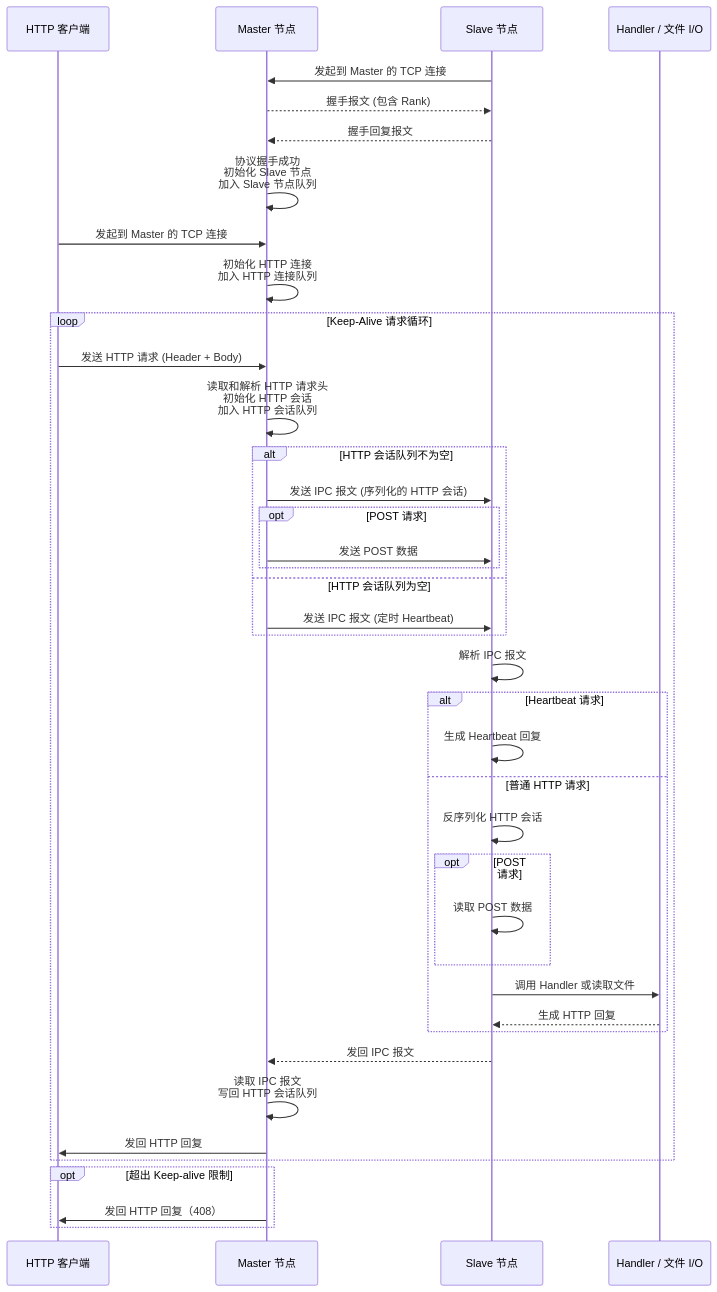
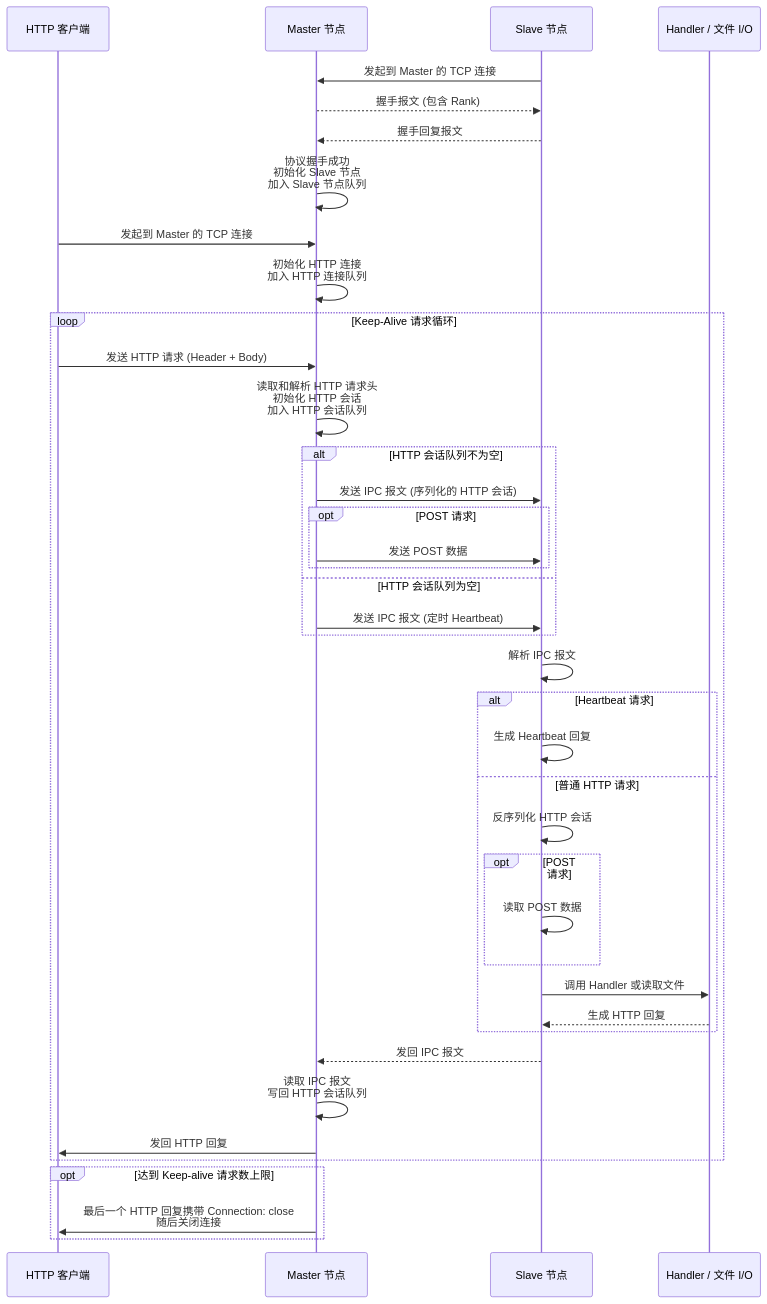
One commit to covscript/covscript-network changed the first of 2 diagrams in NETUTILS.md. Above: the diagram before and after it, drawn with Mermaid. The commit also changed other lines of this file and 13 other files, not shown here.

````diff
--- a/NETUTILS.md
+++ b/NETUTILS.md
@@ -396,54 +396,54 @@
 ```mermaid
 sequenceDiagram
     participant C as HTTP 客户端
     participant M as Master 节点
     participant S as Slave 节点
     participant H as Handler / 文件 I/O
 
     %% Slave 节点启动与握手
     S->>M: 发起到 Master 的 TCP 连接
     M-->>S: 握手报文 (包含 Rank)
     S-->>M: 握手回复报文
     M->>M: 协议握手成功<br/>初始化 Slave 节点<br/>加入 Slave 节点队列
 
     %% 客户端连接与 HTTP 初始化
     C->>M: 发起到 Master 的 TCP 连接
     M->>M: 初始化 HTTP 连接<br/>加入 HTTP 连接队列
 
     loop Keep-Alive 请求循环
         C->>M: 发送 HTTP 请求 (Header + Body)
         M->>M: 读取和解析 HTTP 请求头<br/>初始化 HTTP 会话<br/>加入 HTTP 会话队列
 
         %% Master 分发阶段
         alt HTTP 会话队列不为空
             M->>S: 发送 IPC 报文 (序列化的 HTTP 会话)
             opt POST 请求
                 M->>S: 发送 POST 数据
             end
         else HTTP 会话队列为空
             M->>S: 发送 IPC 报文 (定时 Heartbeat)
         end
 
         %% Slave 处理阶段
         S->>S: 解析 IPC 报文
         alt Heartbeat 请求
             S->>S: 生成 Heartbeat 回复
         else 普通 HTTP 请求
             S->>S: 反序列化 HTTP 会话
             opt POST 请求
                 S->>S: 读取 POST 数据
             end
             S->>H: 调用 Handler 或读取文件
             H-->>S: 生成 HTTP 回复
         end
         S-->>M: 发回 IPC 报文
 
         %% Master 回复阶段
         M->>M: 读取 IPC 报文<br/>写回 HTTP 会话队列
         M->>C: 发回 HTTP 回复
     end
 
-    opt 超出 Keep-alive 限制
-        M->>C: 发回 HTTP 回复（408）
+    opt 达到 Keep-alive 请求数上限
+        M->>C: 最后一个 HTTP 回复携带 Connection: close<br/>随后关闭连接
     end
 ```
````
